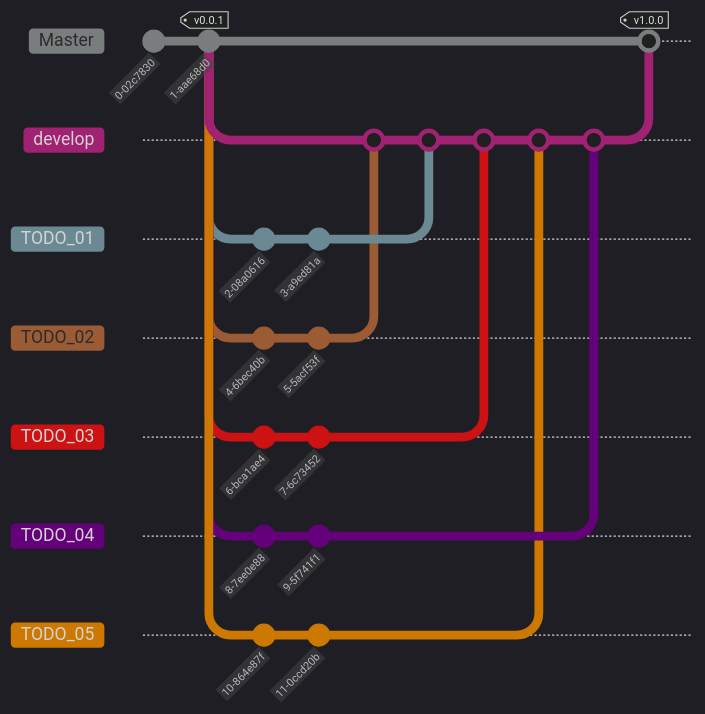
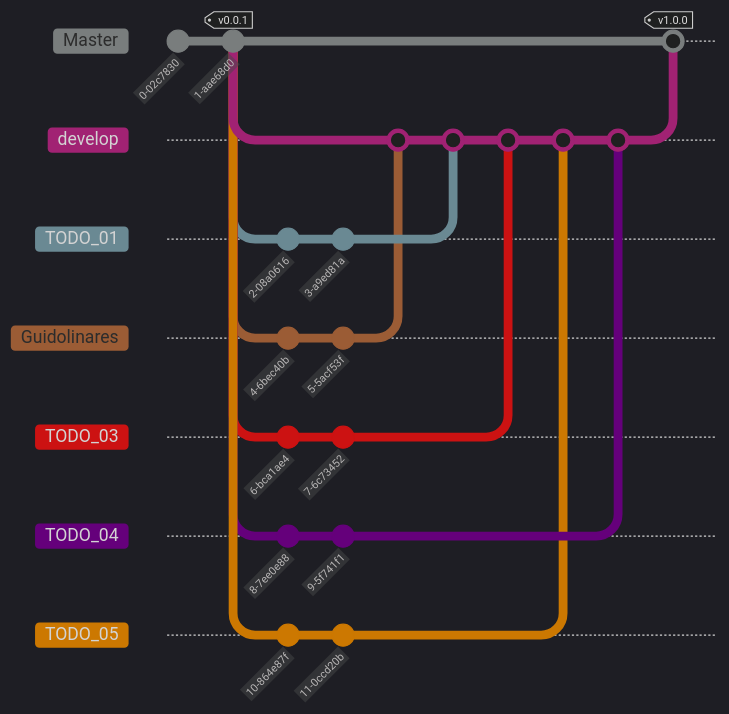
One commit to hozlucas28/C-Practical-Work-2024 changed the diagram in README.md. Above: the diagram before and after it, drawn with Mermaid. The commit also changed other lines of this file and 2 other files, not shown here. Commit ids are hidden.

Commit message:
guido first commit

````diff
--- a/README.md
+++ b/README.md
@@ -149,34 +149,34 @@
 ```mermaid
 %%{init: { 'logLevel': 'debug', 'theme': 'dark', 'gitGraph': {'showBranches': true, 'showCommitLabel': true, 'mainBranchName': 'Master', 'parallelCommits': true}} }%%
     gitGraph:
         commit
         commit tag: "v0.0.1"
         branch develop
         branch TODO_01
         commit
         commit
         checkout develop
-        branch TODO_02
+        branch Guidolinares
         commit
         commit
         checkout develop
         branch TODO_03
         commit
         commit
         checkout develop
         branch TODO_04
         commit
         commit
         checkout develop
         branch TODO_05
         commit
         commit
         checkout develop
-        merge TODO_02
+        merge Guidolinares
         merge TODO_01
         merge TODO_03
         merge TODO_05
         merge TODO_04
         checkout Master
         merge develop tag: "v1.0.0"
 ```
````
